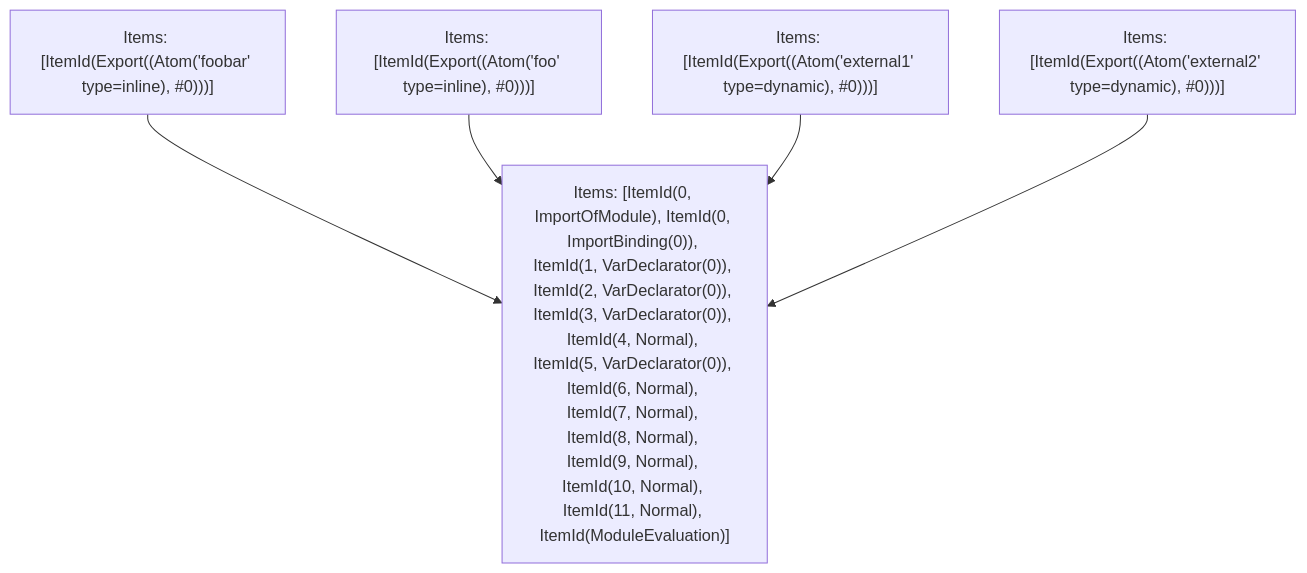
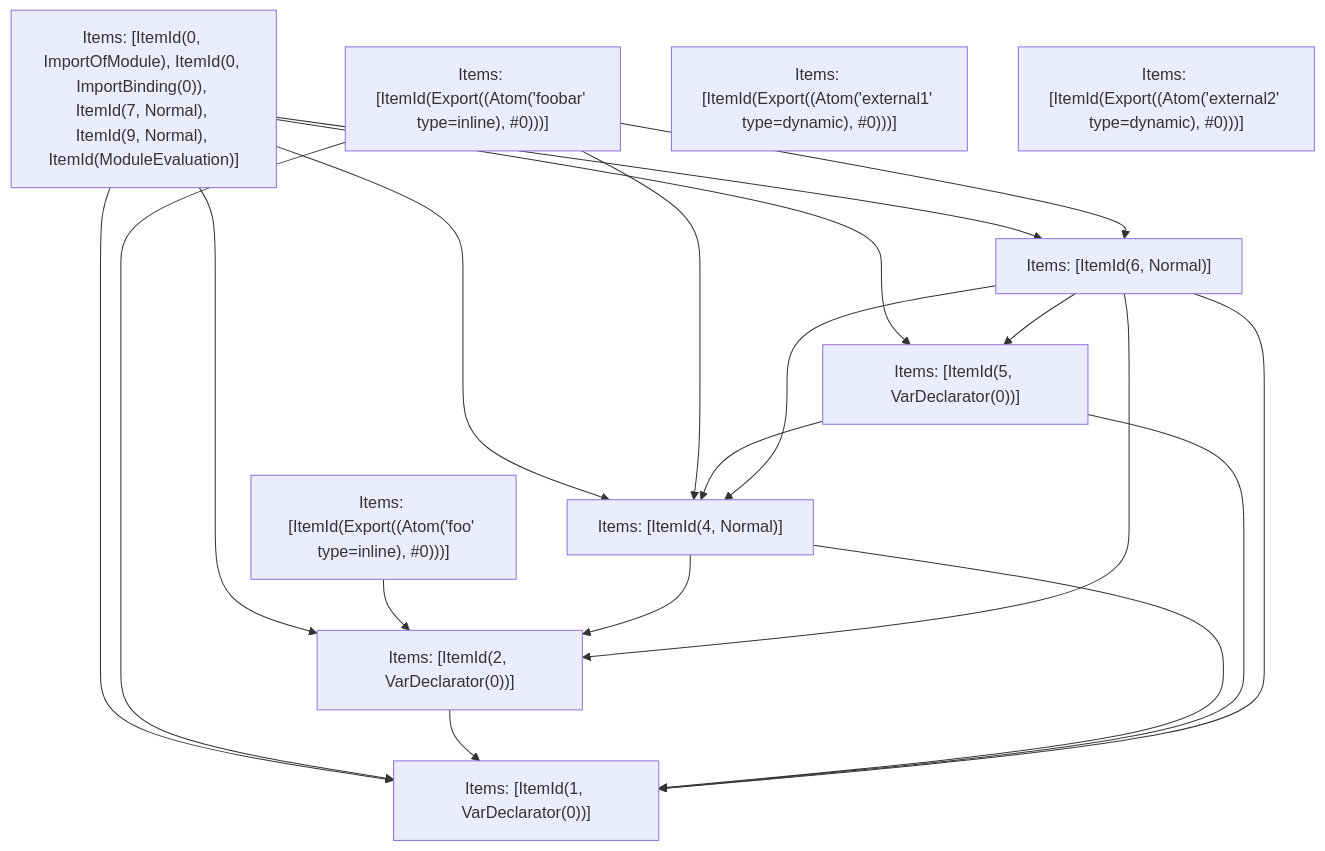
Before and after one commit to vercel/turborepo: the fifth of 5 diagrams in crates/turbopack-ecmascript/tests/tree-shaker/analyzer/1/output.md, drawn with Mermaid. The commit also changed other lines of this file and 3 other files, not shown here.

````diff
--- a/crates/turbopack-ecmascript/tests/tree-shaker/analyzer/1/output.md
+++ b/crates/turbopack-ecmascript/tests/tree-shaker/analyzer/1/output.md
@@ -352,12 +341,31 @@
 ```mermaid
 graph TD
-    N0["Items: [ItemId(0, ImportOfModule), ItemId(0, ImportBinding(0)), ItemId(1, VarDeclarator(0)), ItemId(2, VarDeclarator(0)), ItemId(3, VarDeclarator(0)), ItemId(4, Normal), ItemId(5, VarDeclarator(0)), ItemId(6, Normal), ItemId(7, Normal), ItemId(8, Normal), ItemId(9, Normal), ItemId(10, Normal), ItemId(11, Normal), ItemId(ModuleEvaluation)]"];
+    N0["Items: [ItemId(0, ImportOfModule), ItemId(0, ImportBinding(0)), ItemId(7, Normal), ItemId(9, Normal), ItemId(ModuleEvaluation)]"];
     N1["Items: [ItemId(Export((Atom('foobar' type=inline), #0)))]"];
     N2["Items: [ItemId(Export((Atom('foo' type=inline), #0)))]"];
     N3["Items: [ItemId(Export((Atom('external1' type=dynamic), #0)))]"];
     N4["Items: [ItemId(Export((Atom('external2' type=dynamic), #0)))]"];
-    N1 --> N0;
-    N2 --> N0;
-    N3 --> N0;
-    N4 --> N0;
+    N5["Items: [ItemId(1, VarDeclarator(0))]"];
+    N6["Items: [ItemId(2, VarDeclarator(0))]"];
+    N7["Items: [ItemId(4, Normal)]"];
+    N8["Items: [ItemId(5, VarDeclarator(0))]"];
+    N9["Items: [ItemId(6, Normal)]"];
+    N0 --> N8;
+    N0 --> N5;
+    N0 --> N7;
+    N0 --> N9;
+    N0 --> N6;
+    N1 --> N5;
+    N1 --> N7;
+    N1 --> N9;
+    N2 --> N6;
+    N6 --> N5;
+    N7 --> N5;
+    N7 --> N6;
+    N8 --> N5;
+    N8 --> N7;
+    N9 --> N5;
+    N9 --> N7;
+    N9 --> N6;
+    N9 --> N8;
 ```
````
